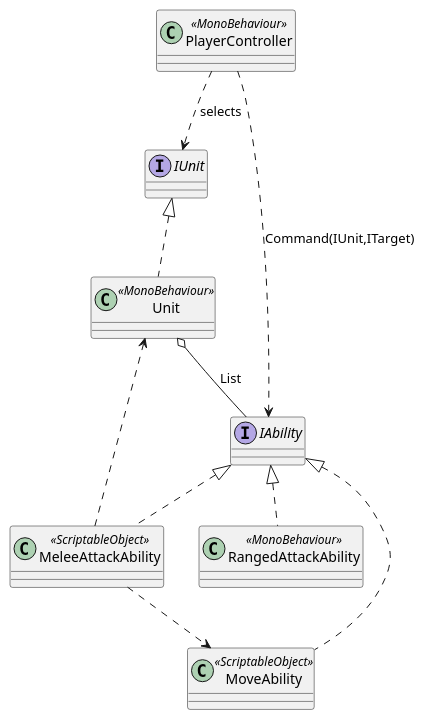
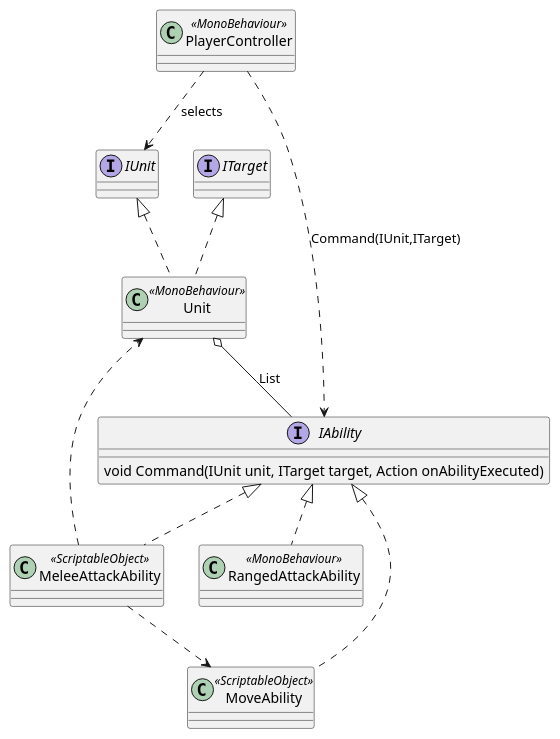
One commit to TheBretonnian/UnityTacticsTemplate changed the diagram in Assets/Scripts/NewArch/puml/Commanding Abilities.puml. Above: the diagram before and after it, drawn with PlantUML.

Commit message:
Complete diagram

```diff
--- a/Assets/Scripts/NewArch/puml/Commanding Abilities.puml
+++ b/Assets/Scripts/NewArch/puml/Commanding Abilities.puml
@@ -1,31 +1,35 @@
 @startuml
 
 interface IUnit
-interface IAbility
+interface ITarget
+interface IAbility{
+    void Command(IUnit unit, ITarget target, Action onAbilityExecuted)
+}
 
 
 
 class Unit <<MonoBehaviour>>
 class MoveAbility <<ScriptableObject>>
 class MeleeAttackAbility <<ScriptableObject>>
 class RangedAttackAbility <<MonoBehaviour>>
 class PlayerController <<MonoBehaviour>>
 
 'Interface Realizations
 IUnit <|.. Unit
+ITarget <|.. Unit
 IAbility <|.. MoveAbility
 IAbility <|.. MeleeAttackAbility
 IAbility <|.. RangedAttackAbility
 
 'Agregation
 Unit o-- IAbility : List
 
 MeleeAttackAbility ..> Unit
 MeleeAttackAbility ..> MoveAbility
 
 
 PlayerController ..> IAbility : Command(IUnit,ITarget)
 PlayerController ..> IUnit : selects
 
 
 @enduml
```
